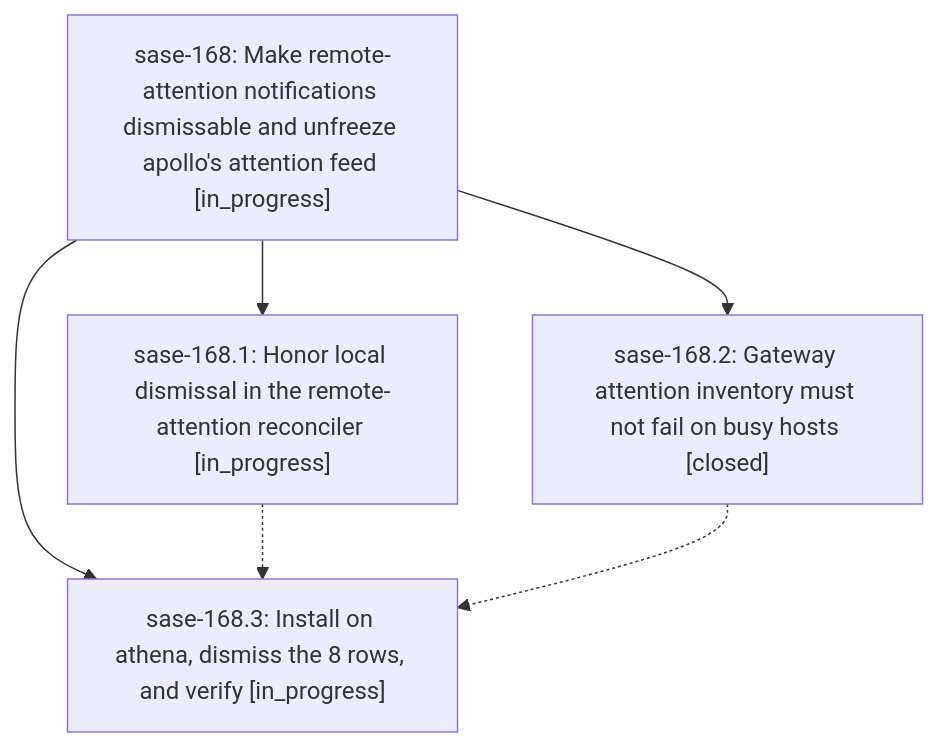
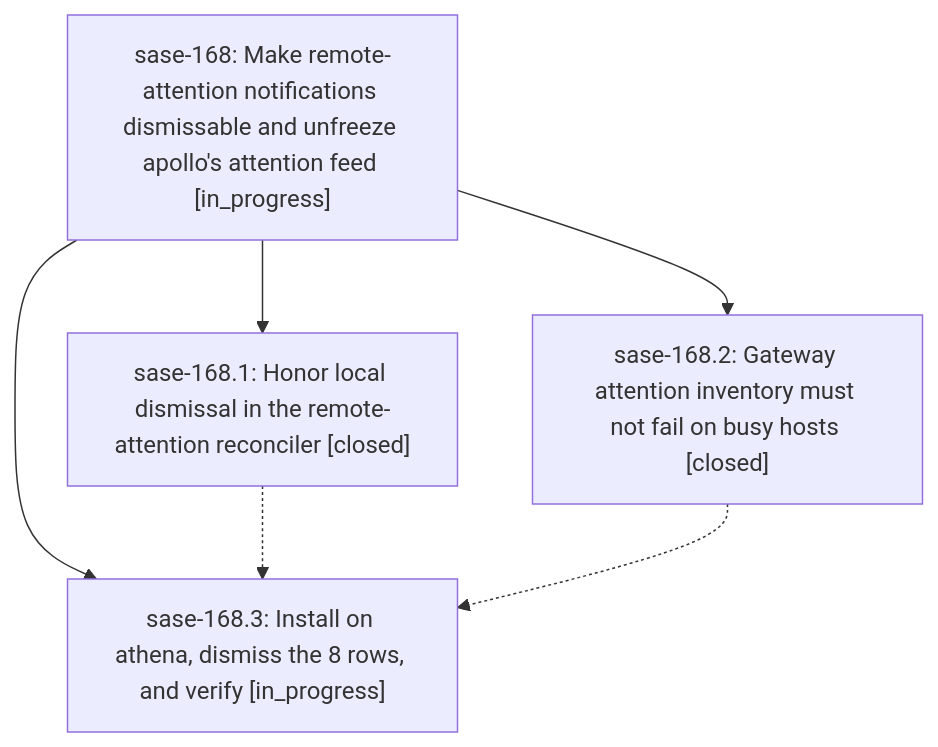
One commit to sase-org/sase--beads changed the diagram in pages/sase-168/README.md. Above: the diagram before and after it, drawn with Mermaid. The commit also changed other lines of this file and 2 other files, not shown here.

First line of the commit message:
chore(beads): sync bead state and pages for sase-168

````diff
--- a/pages/sase-168/README.md
+++ b/pages/sase-168/README.md
@@ -24,12 +24,12 @@
 ```mermaid
 flowchart TD
     n0["sase-168: Make remote-attention notifications dismissable and unfreeze apollo's attention feed [in_progress]"]
-    n1["sase-168.1: Honor local dismissal in the remote-attention reconciler [in_progress]"]
+    n1["sase-168.1: Honor local dismissal in the remote-attention reconciler [closed]"]
     n2["sase-168.2: Gateway attention inventory must not fail on busy hosts [closed]"]
     n3["sase-168.3: Install on athena, dismiss the 8 rows, and verify [in_progress]"]
     n0 --> n1
     n0 --> n2
     n0 --> n3
     n1 -.-> n3
     n2 -.-> n3
 ```
````
